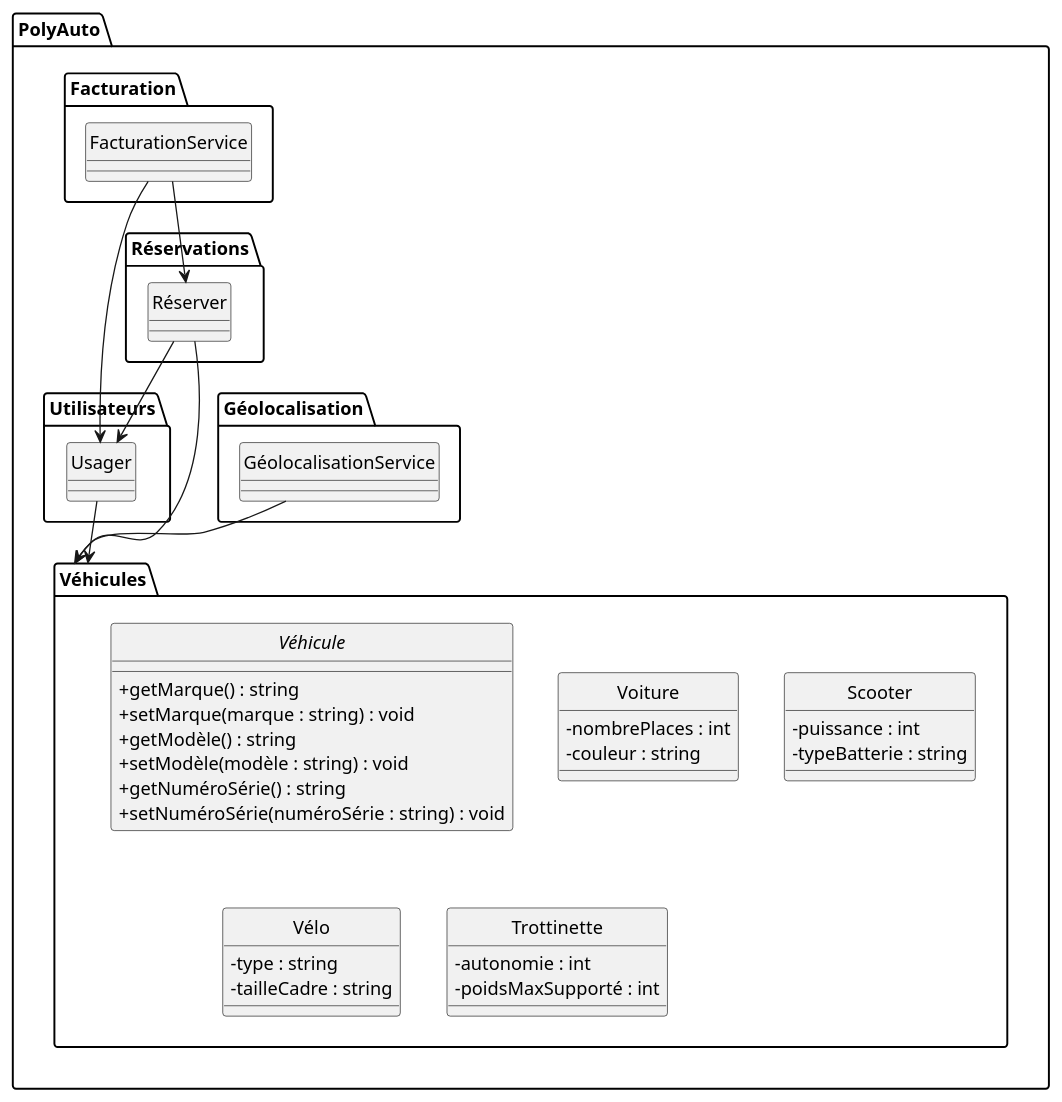
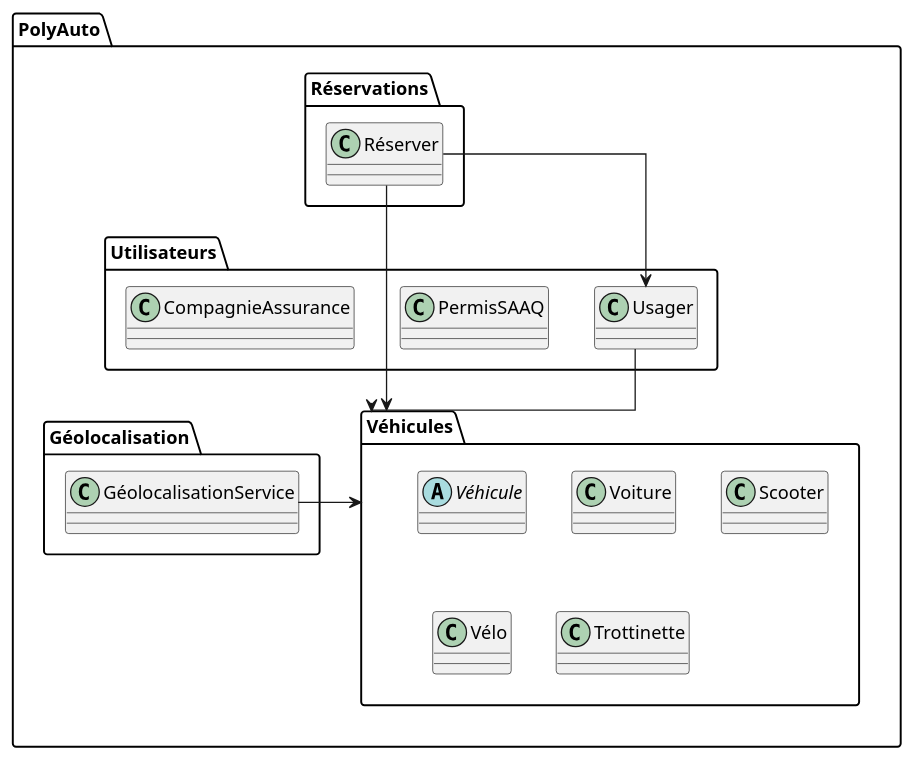
One commit to gigl-uml/Guide_uml_polymtl changed the diagram in plant_uml/exempleDiagPaquet.plantuml. Above: the diagram before and after it, drawn with PlantUML. The commit also changed 2 other files, not shown here.

Commit message:
diagramme paquetage exemple updated

```diff
--- a/plant_uml/exempleDiagPaquet.plantuml
+++ b/plant_uml/exempleDiagPaquet.plantuml
@@ -1,56 +1,32 @@
 @startuml
+skinparam linetype polyline
+ skinparam linetype ortho
+
 package "PolyAuto" {
     skinparam backgroundcolor transparent
     skinparam classAttributeIconSize 0
     package "Utilisateurs" {
-        hide circle
         class Usager
+        class PermisSAAQ
+        class CompagnieAssurance
     }
     package "Véhicules" {
-        abstract class Véhicule {
-            + getMarque() : string
-            + setMarque(marque : string) : void
-            + getModèle() : string
-            + setModèle(modèle : string) : void
-            + getNuméroSérie() : string
-            + setNuméroSérie(numéroSérie : string) : void
-        }
-        hide circle
-        class Voiture {
-            - nombrePlaces : int
-            - couleur : string
-        }
-        class Scooter {
-            - puissance : int
-            - typeBatterie : string
-        }
-        class Vélo {
-            - type : string
-            - tailleCadre : string
-        }
-        class Trottinette {
-            - autonomie : int
-            - poidsMaxSupporté : int
-        }
+        abstract class Véhicule
+        class Voiture
+        class Scooter
+        class Vélo
+        class Trottinette
     }
     package "Réservations" {
-        hide circle
         class Réserver
     }
     package "Géolocalisation" {
-        hide circle
         class GéolocalisationService
-    }
-    package "Facturation" {
-        hide circle
-        class FacturationService
     }
     
     Usager --> Véhicules
     Réserver --> Usager
-    Réserver --> Véhicules
-    GéolocalisationService --> Véhicules
-    FacturationService --> Usager
-    FacturationService --> Réserver
+    Réserver -> Véhicules
+    GéolocalisationService -> Véhicules
 }
 @enduml
```
